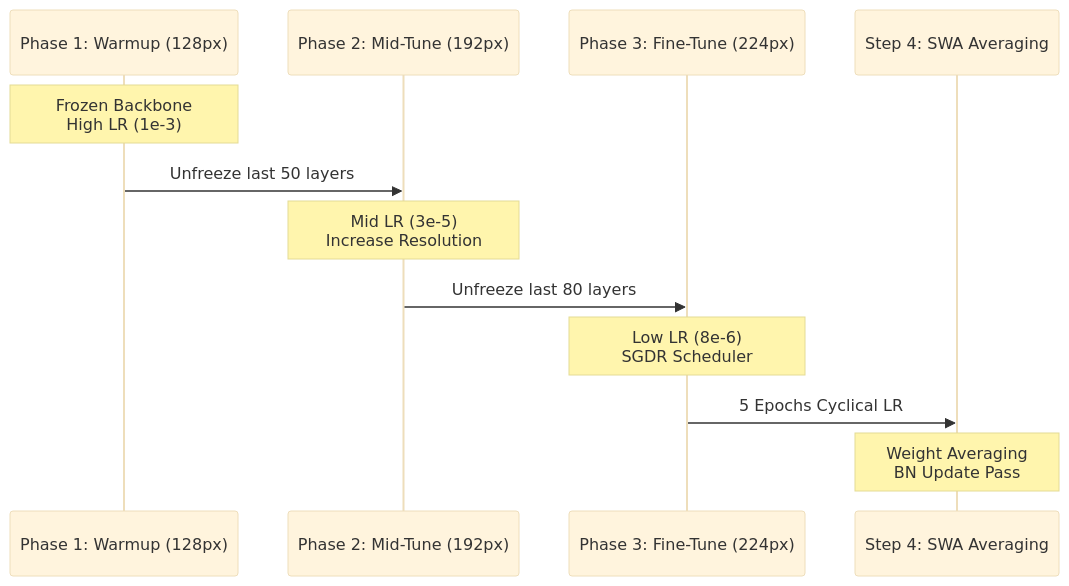
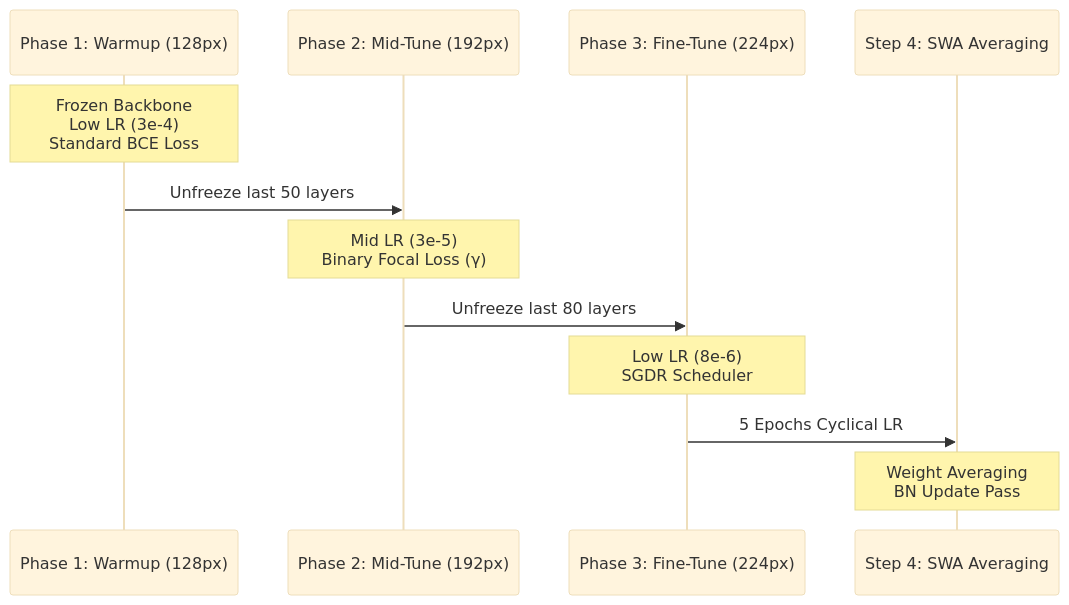
One commit to SanskarSontakke/GalaxyNet-CPU changed the second of 5 diagrams in TECHNICAL_GUIDE.md. Above: the diagram before and after it, drawn with Mermaid (base theme). The commit also changed other lines of this file and 12 other files, not shown here.

````diff
--- a/TECHNICAL_GUIDE.md
+++ b/TECHNICAL_GUIDE.md
@@ -38,15 +38,15 @@
 ```mermaid
 sequenceDiagram
     participant P1 as Phase 1: Warmup (128px)
     participant P2 as Phase 2: Mid-Tune (192px)
     participant P3 as Phase 3: Fine-Tune (224px)
     participant SWA as Step 4: SWA Averaging
 
-    Note over P1: Frozen Backbone<br/>High LR (1e-3)
+    Note over P1: Frozen Backbone<br/>Low LR (3e-4)<br/>Standard BCE Loss
     P1->>P2: Unfreeze last 50 layers
-    Note over P2: Mid LR (3e-5)<br/>Increase Resolution
+    Note over P2: Mid LR (3e-5)<br/>Binary Focal Loss (γ)
     P2->>P3: Unfreeze last 80 layers
     Note over P3: Low LR (8e-6)<br/>SGDR Scheduler
     P3->>SWA: 5 Epochs Cyclical LR
     Note over SWA: Weight Averaging<br/>BN Update Pass
 ```
````
